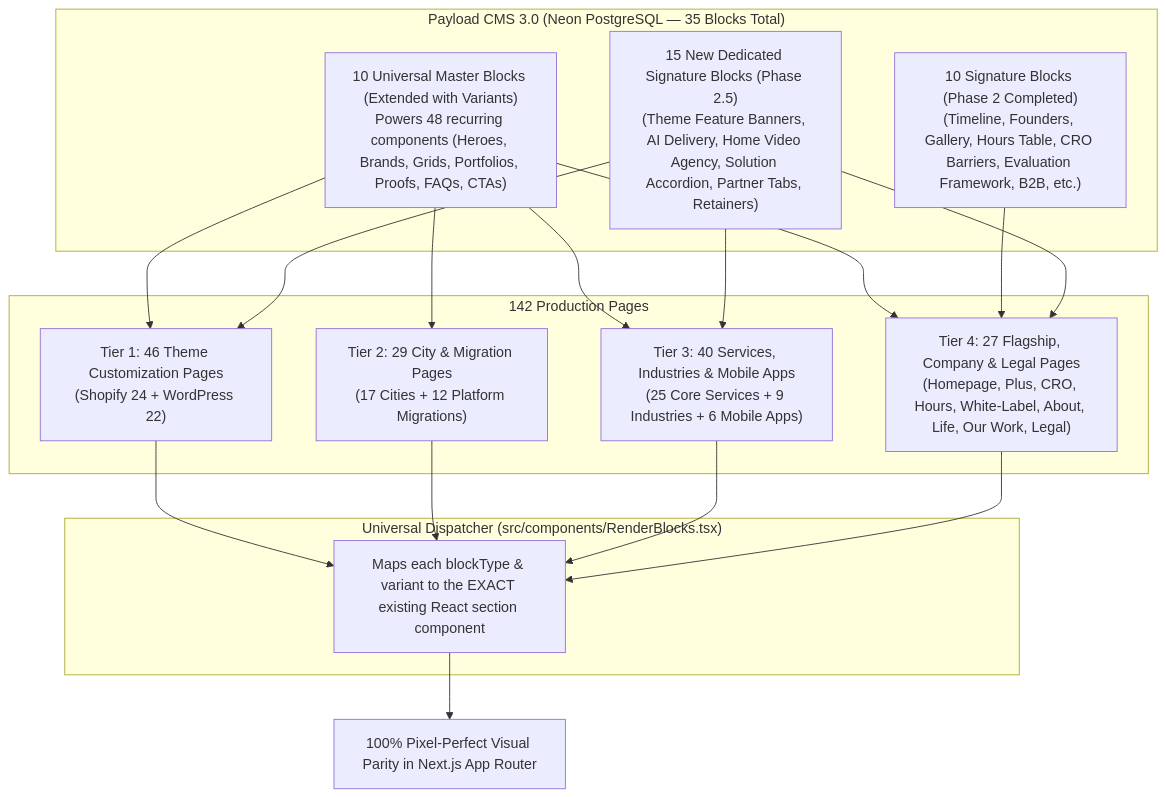
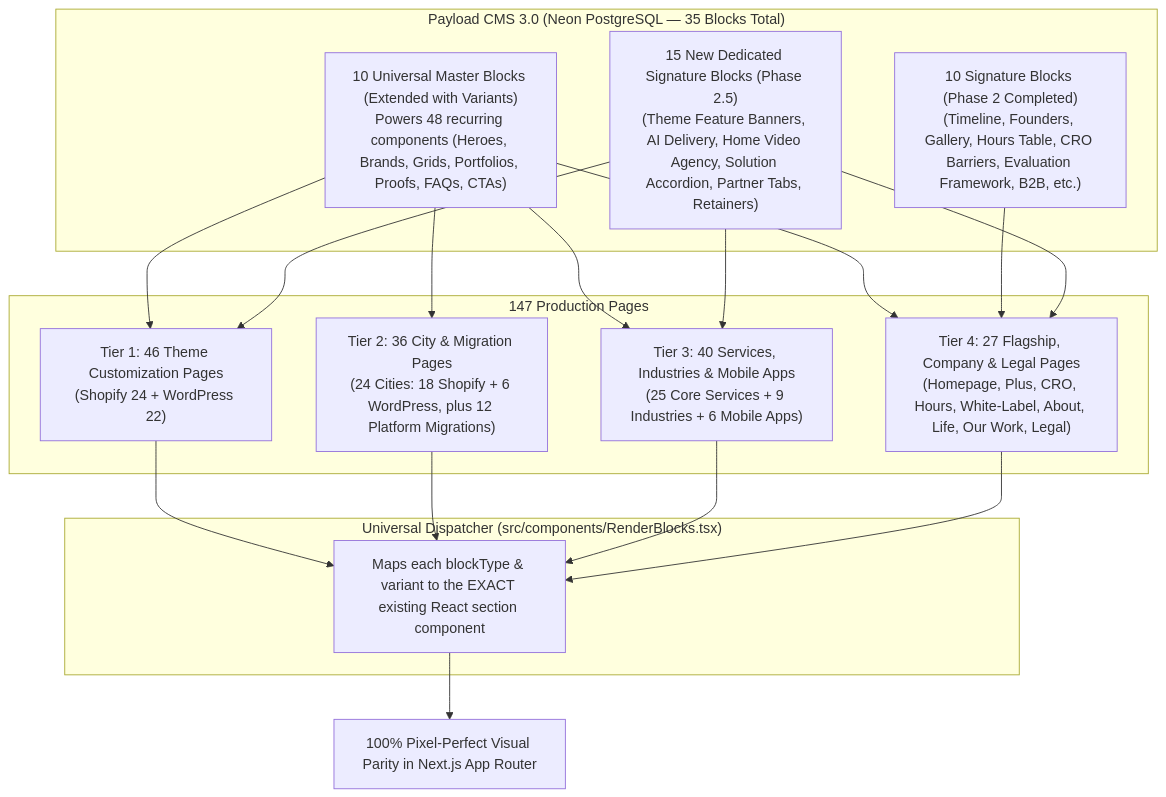
One commit to BhavikPatel-dreamz/dynamicdreamz-self changed the diagram in docs/master-blocks-implementation-plan.md. Above: the diagram before and after it, drawn with Mermaid. The commit also changed other lines of this file and 13 other files, not shown here.

Commit message:
fixed cms content mismatch issues of all cities pages.

````diff
--- a/docs/master-blocks-implementation-plan.md
+++ b/docs/master-blocks-implementation-plan.md
@@ -24,33 +24,33 @@
 ```mermaid
 flowchart TD
     subgraph CMS["Payload CMS 3.0 (Neon PostgreSQL — 35 Blocks Total)"]
         MB["10 Universal Master Blocks (Extended with Variants)\nPowers 48 recurring components (Heroes, Brands, Grids, Portfolios, Proofs, FAQs, CTAs)"]
         SB1["10 Signature Blocks (Phase 2 Completed)\n(Timeline, Founders, Gallery, Hours Table, CRO Barriers, Evaluation Framework, B2B, etc.)"]
         SB2["15 New Dedicated Signature Blocks (Phase 2.5)\n(Theme Feature Banners, AI Delivery, Home Video Agency, Solution Accordion, Partner Tabs, Retainers)"]
     end
 
-    subgraph Pages["142 Production Pages"]
+    subgraph Pages["147 Production Pages"]
         P1["Tier 1: 46 Theme Customization Pages\n(Shopify 24 + WordPress 22)"]
-        P2["Tier 2: 29 City & Migration Pages\n(17 Cities + 12 Platform Migrations)"]
+        P2["Tier 2: 36 City & Migration Pages\n(24 Cities: 18 Shopify + 6 WordPress, plus 12 Platform Migrations)"]
         P3["Tier 3: 40 Services, Industries & Mobile Apps\n(25 Core Services + 9 Industries + 6 Mobile Apps)"]
         P4["Tier 4: 27 Flagship, Company & Legal Pages\n(Homepage, Plus, CRO, Hours, White-Label, About, Life, Our Work, Legal)"]
     end
 
     subgraph Renderer["Universal Dispatcher (src/components/RenderBlocks.tsx)"]
         R["Maps each blockType & variant to the EXACT existing React section component"]
     end
 
     MB --> P1
     MB --> P2
     MB --> P3
     MB --> P4
     SB1 --> P4
     SB2 --> P1
     SB2 --> P3
     SB2 --> P4
     P1 --> R
     P2 --> R
     P3 --> R
     P4 --> R
     R --> Output["100% Pixel-Perfect Visual Parity in Next.js App Router"]
 ```
````
